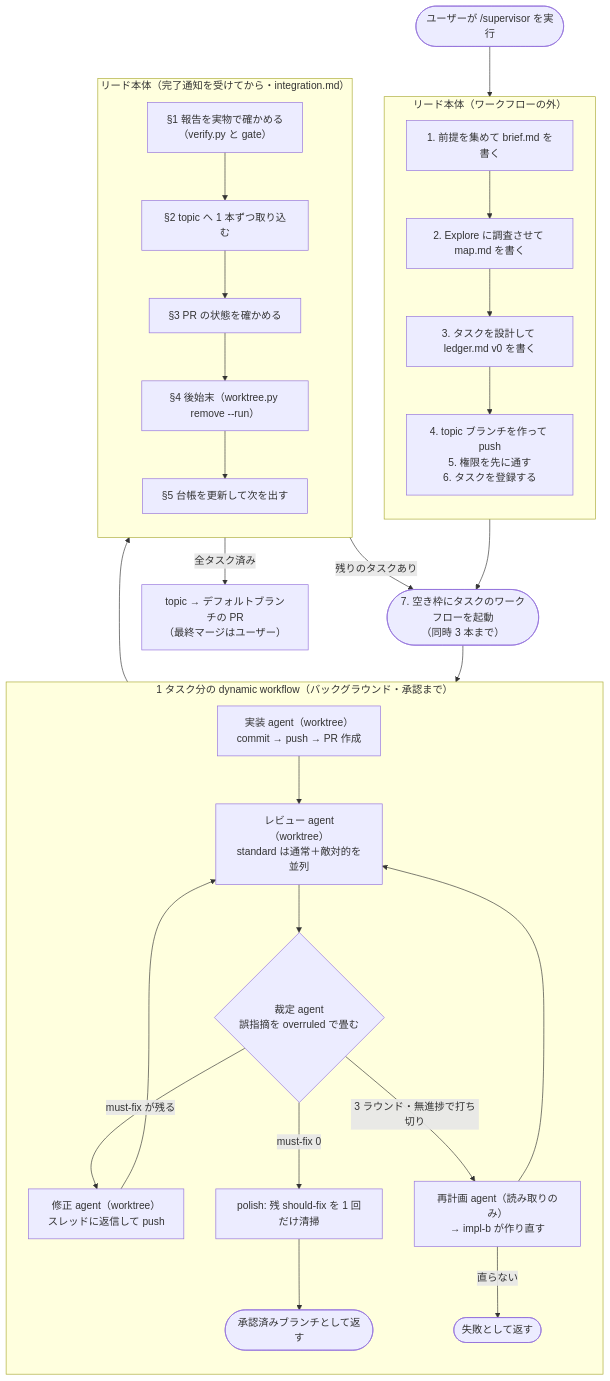
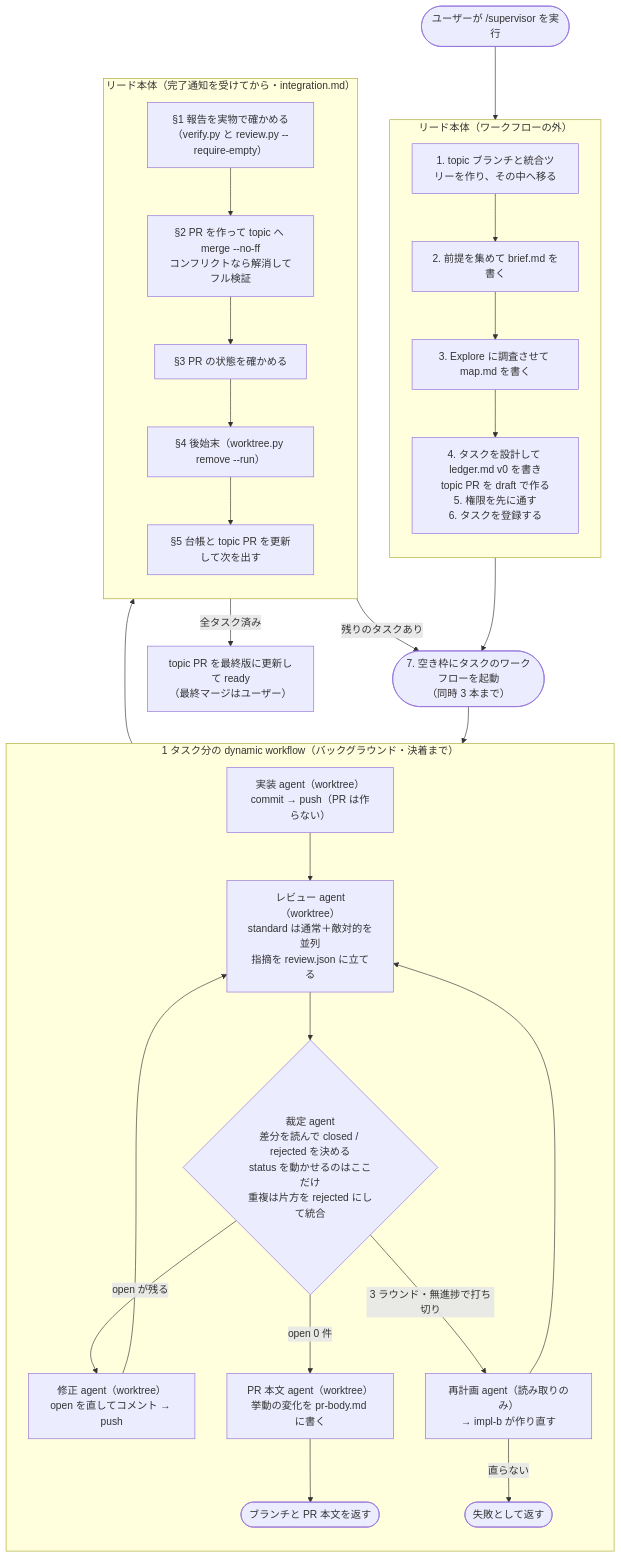
One commit to Luna-rab/dotfiles changed the diagram in .claude/skills/supervisor/design-notes.md. Above: the diagram before and after it, drawn with Mermaid. The commit also changed other lines of this file and 23 other files, not shown here.

First line of the commit message:
refactor: supervisor のレビューを review.json に移し、PR を最後に作る

````diff
--- a/.claude/skills/supervisor/design-notes.md
+++ b/.claude/skills/supervisor/design-notes.md
@@ -32,47 +90,47 @@
 ```mermaid
 flowchart TB
   start([ユーザーが /supervisor を実行]) --> prep
 
   subgraph lead["リード本体（ワークフローの外）"]
     direction TB
-    prep["1. 前提を集めて brief.md を書く"]
-    survey["2. Explore に調査させて map.md を書く"]
-    design["3. タスクを設計して ledger.md v0 を書く"]
-    topic["4. topic ブランチを作って push<br/>5. 権限を先に通す<br/>6. タスクを登録する"]
-    prep --> survey --> design --> topic
+    topic["1. topic ブランチと統合ツリーを作り、その中へ移る"]
+    prep["2. 前提を集めて brief.md を書く"]
+    survey["3. Explore に調査させて map.md を書く"]
+    design["4. タスクを設計して ledger.md v0 を書き<br/>topic PR を draft で作る<br/>5. 権限を先に通す<br/>6. タスクを登録する"]
+    topic --> prep --> survey --> design
   end
 
-  topic --> launch(["7. 空き枠にタスクのワークフローを起動<br/>（同時 3 本まで）"])
+  design --> launch(["7. 空き枠にタスクのワークフローを起動<br/>（同時 3 本まで）"])
   launch --> wf
 
-  subgraph wf["1 タスク分の dynamic workflow（バックグラウンド・承認まで）"]
+  subgraph wf["1 タスク分の dynamic workflow（バックグラウンド・決着まで）"]
     direction TB
-    impl["実装 agent（worktree）<br/>commit → push → PR 作成"]
-    rev["レビュー agent（worktree）<br/>standard は通常＋敵対的を並列"]
-    judge{"裁定 agent<br/>誤指摘を overruled で畳む"}
-    fix["修正 agent（worktree）<br/>スレッドに返信して push"]
+    impl["実装 agent（worktree）<br/>commit → push（PR は作らない）"]
+    rev["レビュー agent（worktree）<br/>standard は通常＋敵対的を並列<br/>指摘を review.json に立てる"]
+    judge{"裁定 agent<br/>差分を読んで closed / rejected を決める<br/>status を動かせるのはここだけ<br/>重複は片方を rejected にして統合"}
+    fix["修正 agent（worktree）<br/>open を直してコメント → push"]
     esc["再計画 agent（読み取りのみ）<br/>→ impl-b が作り直す"]
-    polish["polish: 残 should-fix を 1 回だけ清掃"]
+    prbody["PR 本文 agent（worktree）<br/>挙動の変化を pr-body.md に書く"]
     impl --> rev --> judge
-    judge -->|must-fix が残る| fix --> rev
+    judge -->|open が残る| fix --> rev
     judge -->|3 ラウンド・無進捗で打ち切り| esc --> rev
-    judge -->|must-fix 0| polish
-    polish --> done([承認済みブランチとして返す])
+    judge -->|open 0 件| prbody
+    prbody --> done([ブランチと PR 本文を返す])
     esc -->|直らない| fail([失敗として返す])
   end
 
   wf --> after
 
   subgraph after["リード本体（完了通知を受けてから・integration.md）"]
     direction TB
-    verify["§1 報告を実物で確かめる<br/>（verify.py と gate）"]
-    lane["§2 topic へ 1 本ずつ取り込む"]
-    prstate["§3 PR の状態を確かめる"]
+    verify["§1 報告を実物で確かめる<br/>（verify.py と review.py --require-empty）"]
+    lane["§2 PR を作って topic へ merge --no-ff<br/>コンフリクトなら解消してフル検証"]
+    ci["§3 PR の状態を確かめる"]
     clean["§4 後始末（worktree.py remove --run）"]
-    ledger["§5 台帳を更新して次を出す"]
-    verify --> lane --> prstate --> clean --> ledger
+    ledger["§5 台帳と topic PR を更新して次を出す"]
+    verify --> lane --> ci --> clean --> ledger
   end
 
   ledger -->|残りのタスクあり| launch
-  ledger -->|全タスク済み| finalpr["topic → デフォルトブランチの PR<br/>（最終マージはユーザー）"]
+  ledger -->|全タスク済み| finalpr["topic PR を最終版に更新して ready<br/>（最終マージはユーザー）"]
 ```
````
